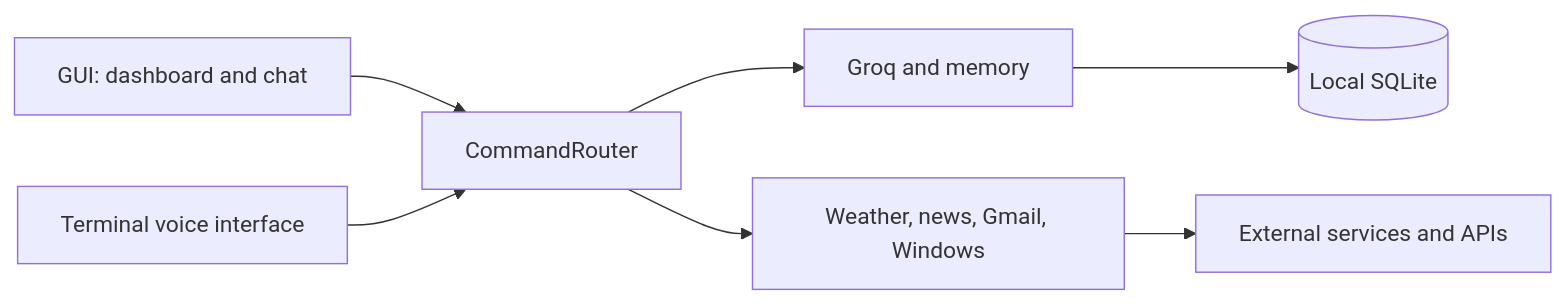
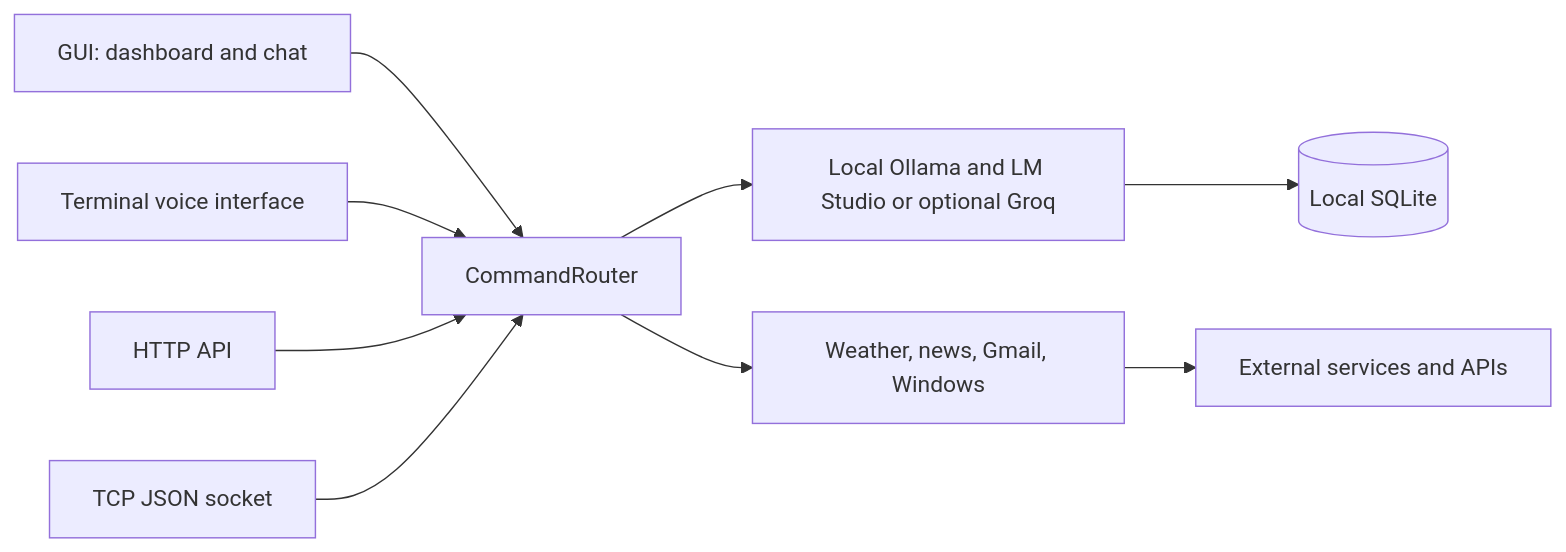
The diagram in README_EN.md (alexabdrustefu/Jarvis), drawn with Mermaid before and after one commit. The commit also changed other lines of this file and 41 other files, not shown here.

````diff
--- a/README_EN.md
+++ b/README_EN.md
@@ -58,9 +67,11 @@
 ```mermaid
 flowchart LR
     GUI[GUI: dashboard and chat] --> Router[CommandRouter]
     Voice[Terminal voice interface] --> Router
-    Router --> AI[Groq and memory]
+    Router --> AI[Local Ollama and LM Studio or optional Groq]
+    HTTP[HTTP API] --> Router
+    Socket[TCP JSON socket] --> Router
     Router --> Actions[Weather, news, Gmail, Windows]
     AI --> DB[(Local SQLite)]
     Actions --> APIs[External services and APIs]
 ```
````
